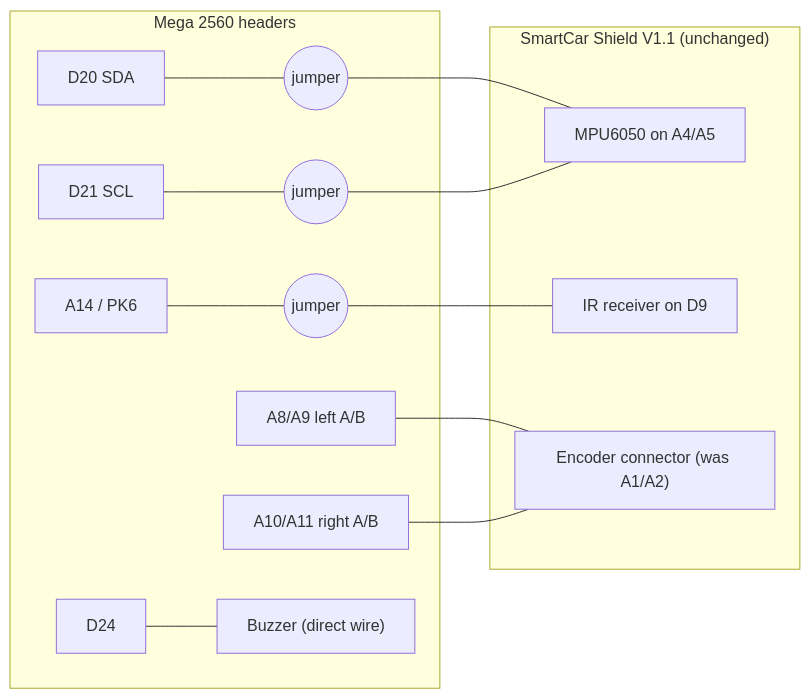
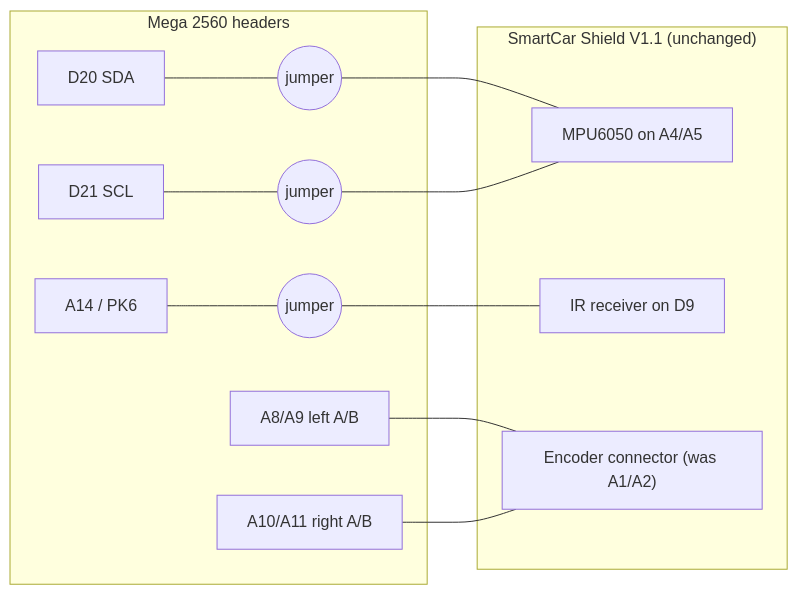
Diagram 33 of 35 in docs/lld/uno-firmware-lld.md (mannuray/conqueror), drawn with Mermaid before and after one commit. The commit also changed other lines of this file and 4 other files, not shown here.

````diff
--- a/docs/lld/uno-firmware-lld.md
+++ b/docs/lld/uno-firmware-lld.md
@@ -1731,16 +1731,15 @@
 ```mermaid
 flowchart LR
   subgraph Shield["SmartCar Shield V1.1 (unchanged)"]
     IMU["MPU6050 on A4/A5"]
     IR["IR receiver on D9"]
     ENC["Encoder connector (was A1/A2)"]
   end
   subgraph Mega["Mega 2560 headers"]
     P20["D20 SDA"] --- J1((jumper)) --- IMU
     P21["D21 SCL"] --- J2((jumper)) --- IMU
     A14["A14 / PK6"] --- J3((jumper)) --- IR
     A8["A8/A9 left A/B"] --- ENC
     A10["A10/A11 right A/B"] --- ENC
-    D24["D24"] --- BUZ["Buzzer (direct wire)"]
   end
 ```
````
